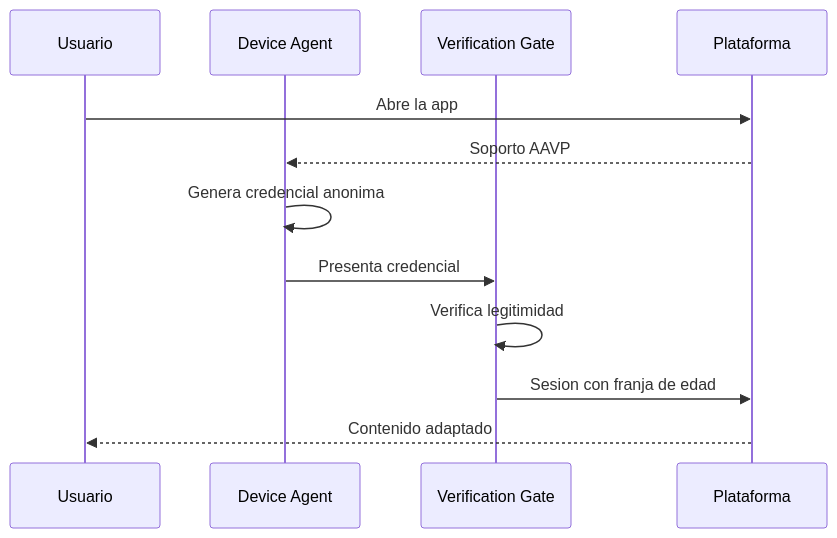
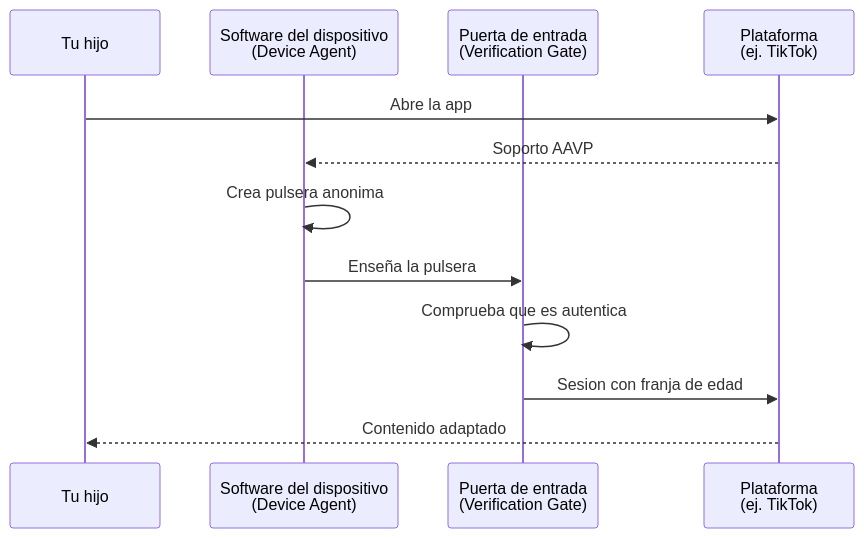
Before and after one commit to jorgej-ramos/AAVP: the second of 4 diagrams in README.md, drawn with Mermaid. The commit also changed other lines of this file and 1 other file, not shown here.

````diff
--- a/README.md
+++ b/README.md
@@ -105,17 +108,17 @@
 ```mermaid
 sequenceDiagram
-    participant U as Usuario
-    participant DA as Device Agent
-    participant VG as Verification Gate
-    participant APP as Plataforma
+    participant U as Tu hijo
+    participant DA as Software del dispositivo<br/>(Device Agent)
+    participant VG as Puerta de entrada<br/>(Verification Gate)
+    participant APP as Plataforma<br/>(ej. TikTok)
 
     U->>APP: Abre la app
     APP-->>DA: Soporto AAVP
 
-    DA->>DA: Genera credencial anonima
-    DA->>VG: Presenta credencial
-    VG->>VG: Verifica legitimidad
+    DA->>DA: Crea pulsera anonima
+    DA->>VG: Enseña la pulsera
+    VG->>VG: Comprueba que es autentica
     VG->>APP: Sesion con franja de edad
 
     APP-->>U: Contenido adaptado
 ```
````
